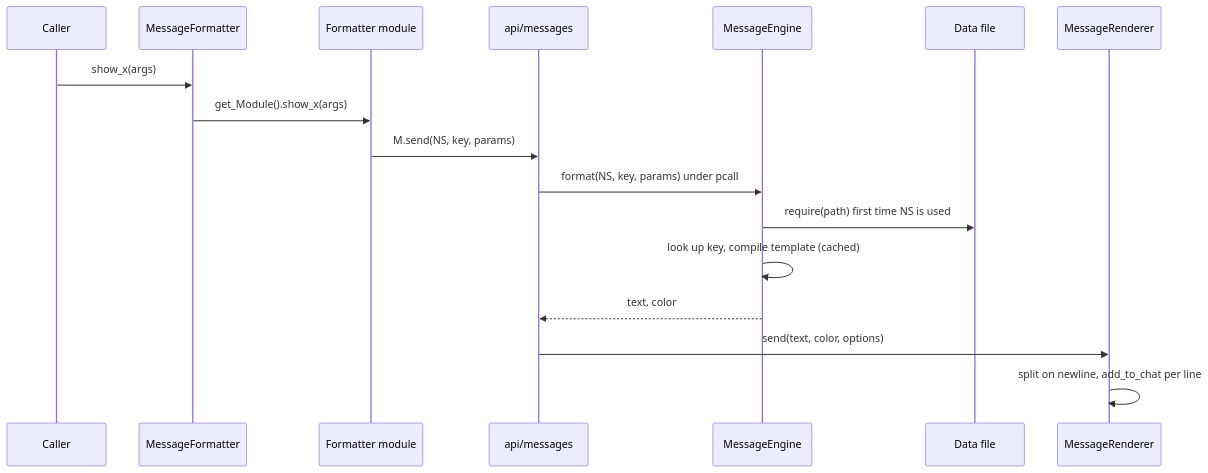
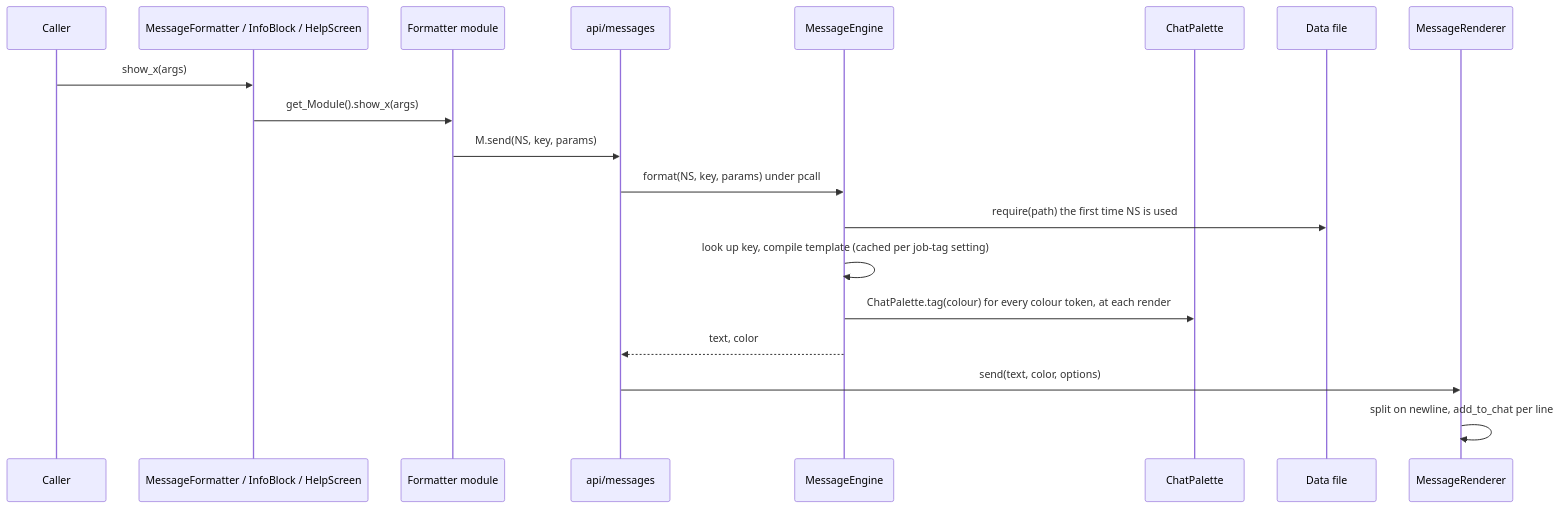
One commit to ejouanchicot/Gearswap changed the diagram in docs/dev/systems/messages-catalog.md. Above: the diagram before and after it, drawn with Mermaid. The commit also changed other lines of this file and 14 other files, not shown here.

First line of the commit message:
docs(dev): re-verify systems and architecture pages against the code

````diff
--- a/docs/dev/systems/messages-catalog.md
+++ b/docs/dev/systems/messages-catalog.md
@@ -80,19 +82,21 @@
 ```mermaid
 sequenceDiagram
     participant C as Caller
-    participant F as MessageFormatter
+    participant F as MessageFormatter / InfoBlock / HelpScreen
     participant FM as Formatter module
     participant API as api/messages
     participant E as MessageEngine
+    participant P as ChatPalette
     participant D as Data file
     participant R as MessageRenderer
     C->>F: show_x(args)
     F->>FM: get_Module().show_x(args)
     FM->>API: M.send(NS, key, params)
     API->>E: format(NS, key, params) under pcall
-    E->>D: require(path) first time NS is used
-    E->>E: look up key, compile template (cached)
+    E->>D: require(path) the first time NS is used
+    E->>E: look up key, compile template (cached per job-tag setting)
+    E->>P: ChatPalette.tag(colour) for every colour token, at each render
     E-->>API: text, color
     API->>R: send(text, color, options)
     R->>R: split on newline, add_to_chat per line
 ```
````
